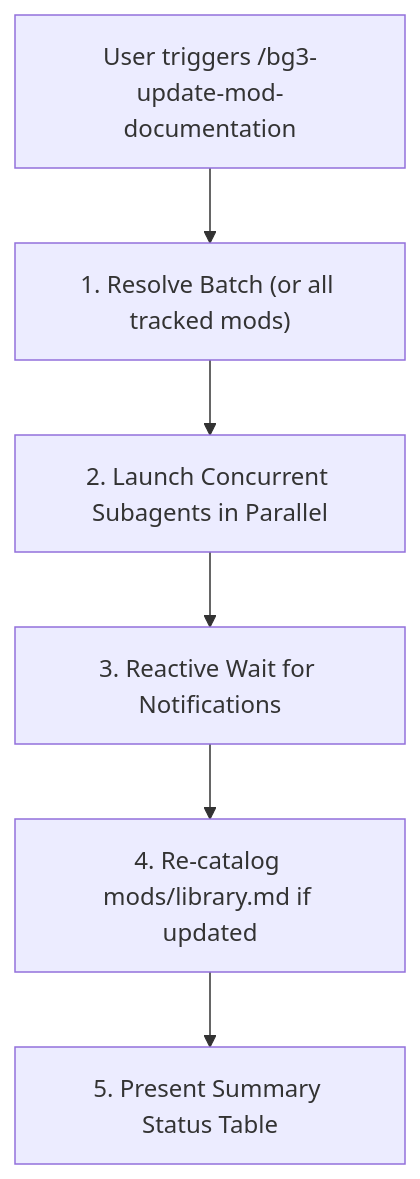
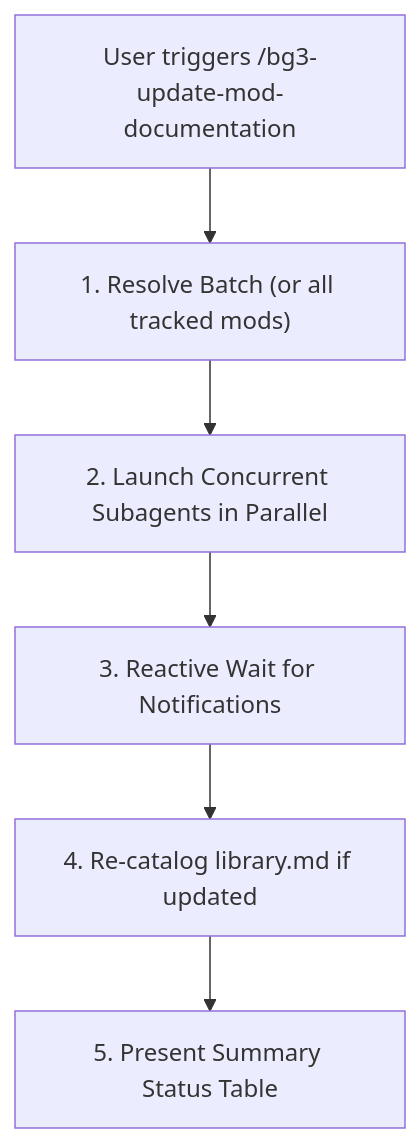
One commit to jpelton-stroud/bg3-mod-studio changed the diagram in packages/bg3-core/bg3_core/skills/bg3-update-mod-documentation/SKILL.md. Above: the diagram before and after it, drawn with Mermaid. The commit also changed other lines of this file and 17 other files, not shown here.

````diff
--- a/packages/bg3-core/bg3_core/skills/bg3-update-mod-documentation/SKILL.md
+++ b/packages/bg3-core/bg3_core/skills/bg3-update-mod-documentation/SKILL.md
@@ -20,8 +20,8 @@
 ```mermaid
 flowchart TD
     Start["User triggers /bg3-update-mod-documentation"] --> Resolve["1. Resolve Batch (or all tracked mods)"]
     Resolve --> Dispatch["2. Launch Concurrent Subagents in Parallel"]
     Dispatch --> Wait["3. Reactive Wait for Notifications"]
-    Wait --> Catalog["4. Re-catalog mods/library.md if updated"]
+    Wait --> Catalog["4. Re-catalog library.md if updated"]
     Catalog --> Present["5. Present Summary Status Table"]
 ```
````
